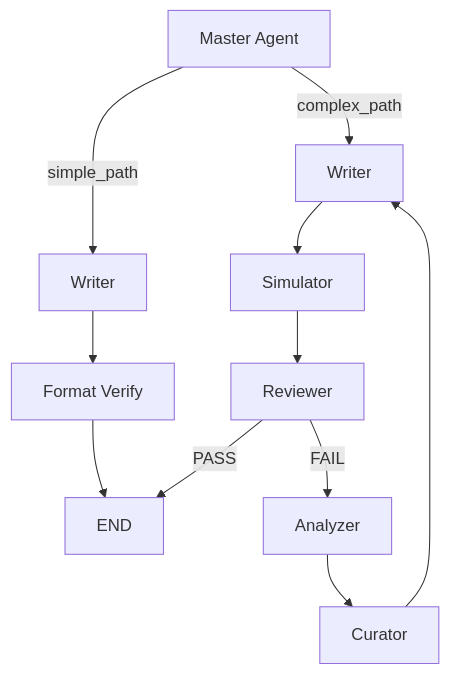
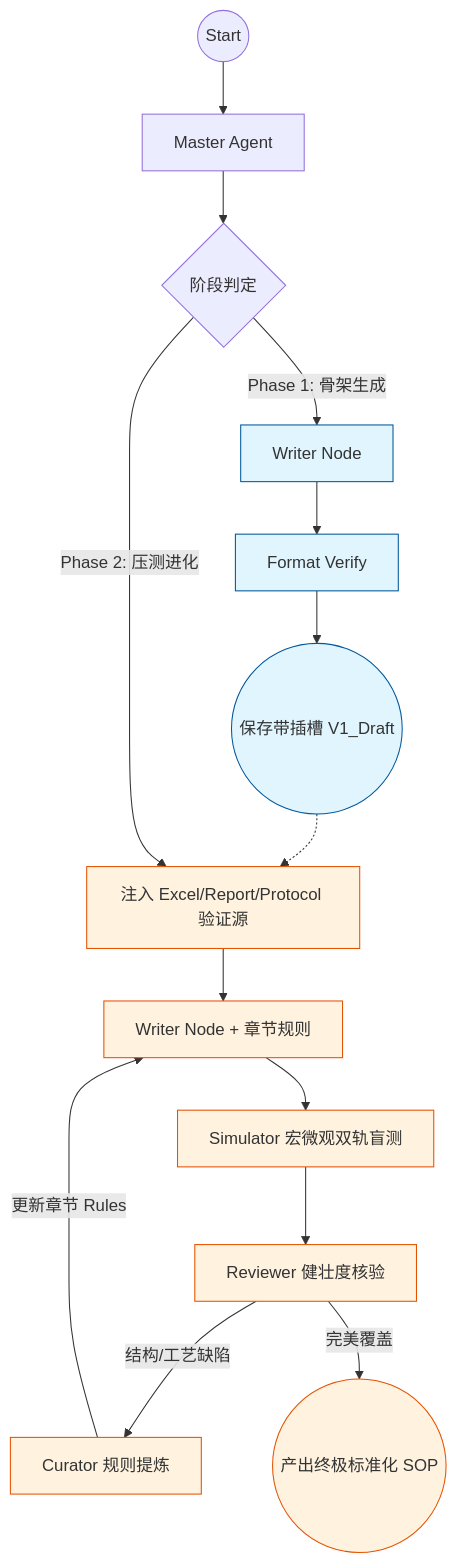
One commit to 1stphs/glp_generate-sop changed the diagram in README.md. Above: the diagram before and after it, drawn with Mermaid. The commit also changed other lines of this file and 170 other files, not shown here.

````diff
--- a/README.md
+++ b/README.md
@@ -101,19 +31,24 @@
 ```mermaid
 graph TD
-    Master[Master Agent]
-    Analyzer[Analyzer]
+    classDef phase1 fill:#e1f5fe,stroke:#01579b;
+    classDef phase2 fill:#fff3e0,stroke:#e65100;
 
-    %% Simple Path
-    Master -- simple_path --> WriterS[Writer]
-    WriterS --> FV[Format Verify]
-    FV --> END
+    Start((Start)) --> Master[Master Agent]
+    Master --> Phase_Router{阶段判定}
 
-    %% Complex Path (Retry Loop)
-    Master -- complex_path --> WriterC[Writer]
-    WriterC --> SimC[Simulator]
-    SimC --> RevC[Reviewer]
-    RevC -- PASS --> END
-    RevC -- FAIL --> Analyzer
-    Analyzer --> Curator[Curator]
-    Curator --> WriterC
+    %% Phase 1
+    Phase_Router -->|Phase 1: 骨架生成| W1[Writer Node]:::phase1
+    W1 --> V1[Format Verify]:::phase1
+    V1 --> End1((保存带插槽 V1_Draft)):::phase1
+
+    %% Phase 2
+    End1 -.-> DataSync[注入 Excel/Report/Protocol 验证源]:::phase2
+    Phase_Router -->|Phase 2: 压测进化| DataSync
+    DataSync --> W2[Writer Node + 章节规则]:::phase2
+    W2 --> S2[Simulator 宏微观双轨盲测]:::phase2
+    S2 --> R2[Reviewer 健壮度核验]:::phase2
+    
+    R2 -- 结构/工艺缺陷 --> C2[Curator 规则提炼]:::phase2
+    C2 -- 更新章节 Rules --> W2
+    R2 -- 完美覆盖 --> End2((产出终极标准化 SOP)):::phase2
 ```
````
